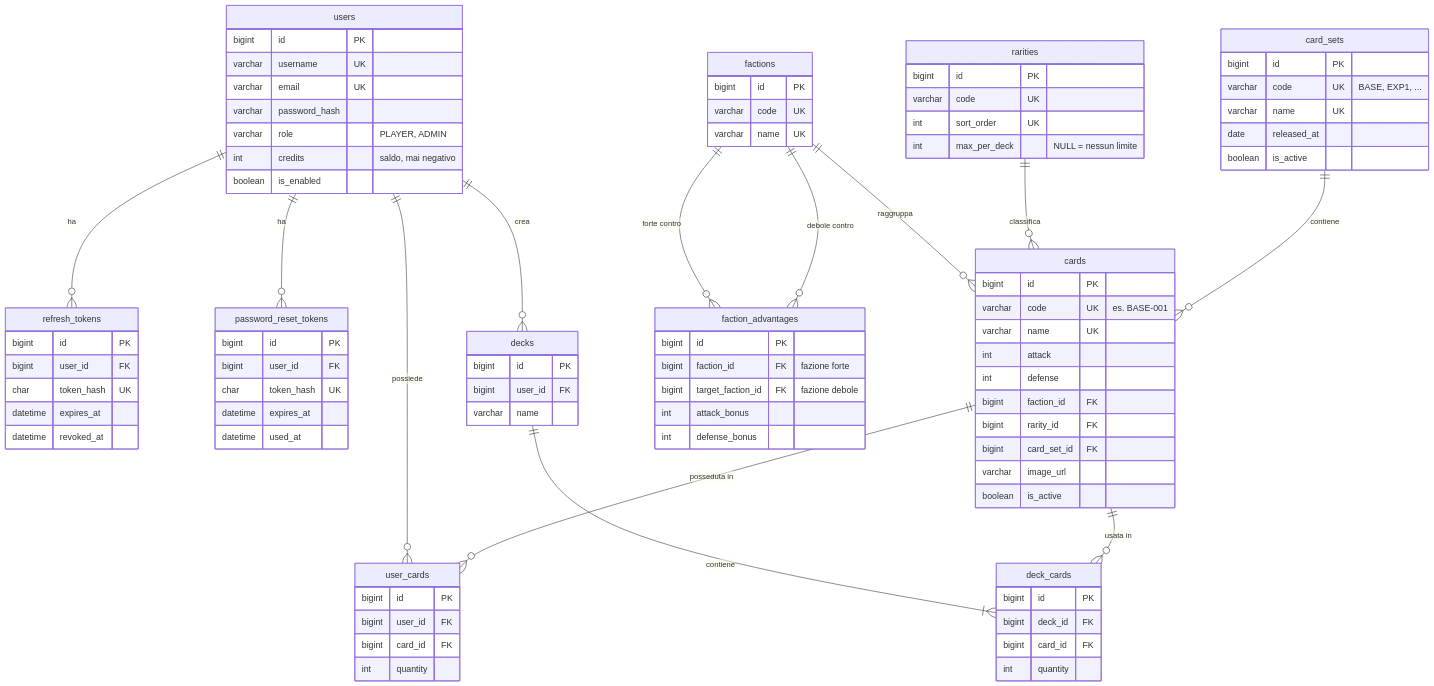
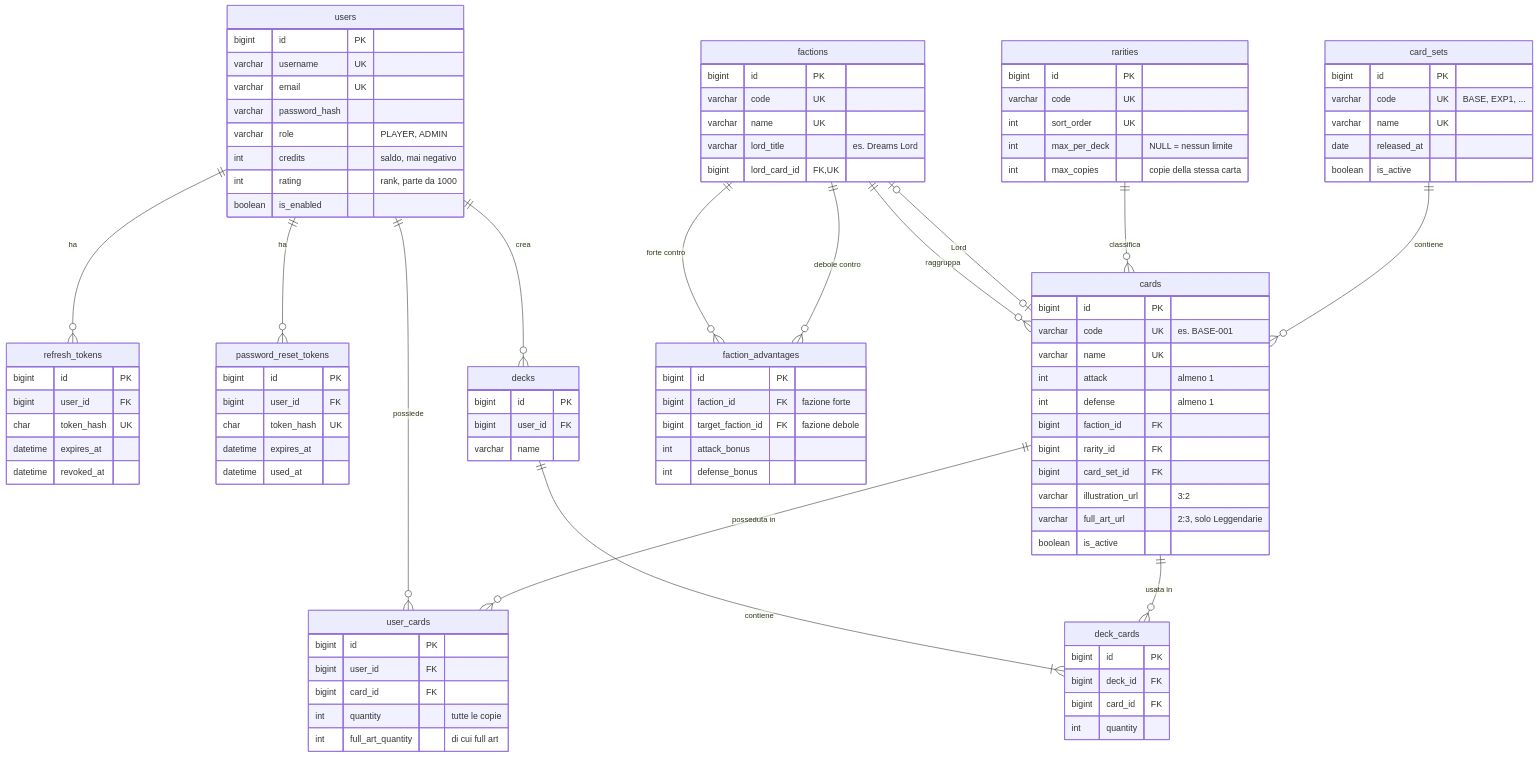
Before and after one commit to cristianpappalardoITS/LaboratorioIntegrato-Divine: the first of 4 diagrams in docs/database/schema.md, drawn with Mermaid. The commit also changed other lines of this file and 1 other file, not shown here.

Commit message:
docs(database): aggiorna lo schema con regolamento, carte iniziali, Lord e full art

```diff
--- a/docs/database/schema.md
+++ b/docs/database/schema.md
@@ -66,6 +70,7 @@
     decks ||--|{ deck_cards : "contiene"
     cards ||--o{ deck_cards : "usata in"
     factions ||--o{ cards : "raggruppa"
+    factions |o--o| cards : "Lord"
     rarities ||--o{ cards : "classifica"
     card_sets ||--o{ cards : "contiene"
     factions ||--o{ faction_advantages : "forte contro"
@@ -78,6 +83,7 @@
         varchar password_hash
         varchar role "PLAYER, ADMIN"
         int credits "saldo, mai negativo"
+        int rating "rank, parte da 1000"
         boolean is_enabled
     }
     refresh_tokens {
@@ -98,6 +104,8 @@
         bigint id PK
         varchar code UK
         varchar name UK
+        varchar lord_title "es. Dreams Lord"
+        bigint lord_card_id FK, UK
     }
     faction_advantages {
         bigint id PK
@@ -111,6 +119,7 @@
         varchar code UK
         int sort_order UK
         int max_per_deck "NULL = nessun limite"
+        int max_copies "copie della stessa carta"
     }
     card_sets {
         bigint id PK
@@ -123,19 +132,21 @@
         bigint id PK
         varchar code UK "es. BASE-001"
         varchar name UK
-        int attack
-        int defense
+        int attack "almeno 1"
+        int defense "almeno 1"
         bigint faction_id FK
         bigint rarity_id FK
         bigint card_set_id FK
-        varchar image_url
+        varchar illustration_url "3:2"
+        varchar full_art_url "2:3, solo Leggendarie"
         boolean is_active
     }
     user_cards {
         bigint id PK
         bigint user_id FK
         bigint card_id FK
-        int quantity
+        int quantity "tutte le copie"
+        int full_art_quantity "di cui full art"
     }
     decks {
         bigint id PK
```
